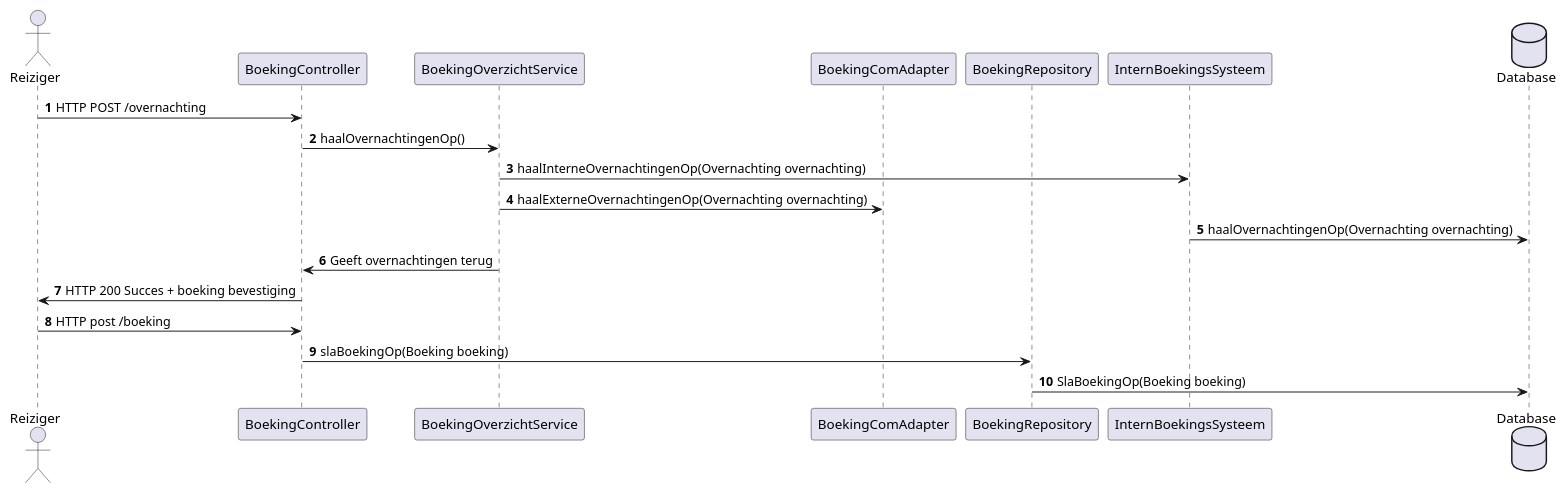
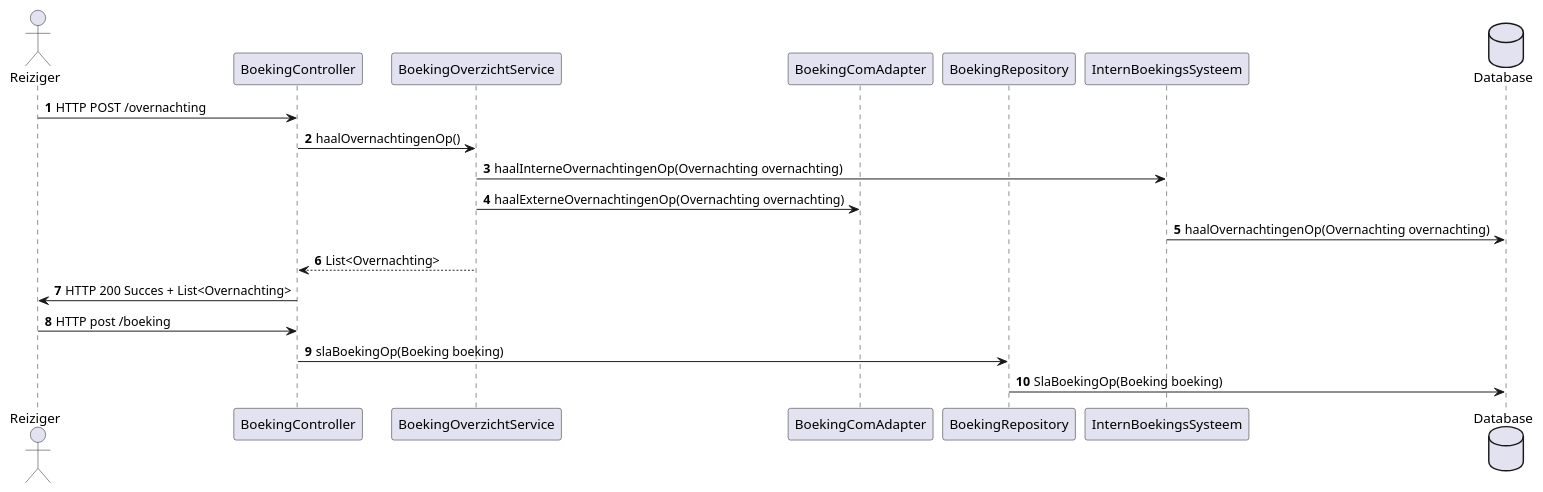
The diagram in software-guidebook/sequence-diagrammen/sequence-diagram-sybren.puml (AIM-ENE-feb25/triptop-asas), drawn with PlantUML before and after one commit. The commit also changed 4 other files, not shown here.

Commit message:
Added personal diagrams to software guidebook

```diff
--- a/software-guidebook/sequence-diagrammen/sequence-diagram-sybren.puml
+++ b/software-guidebook/sequence-diagrammen/sequence-diagram-sybren.puml
@@ -1,24 +1,24 @@
 @startuml
 'https://plantuml.com/sequence-diagram
 
 autonumber
 
 actor Reiziger as reiziger
 participant BoekingController as controller
 participant BoekingOverzichtService as service
 participant BoekingComAdapter as adapter
 participant BoekingRepository as repository
 participant InternBoekingsSysteem as internSyteem
 database Database as sqlDatabase
 
 reiziger -> controller: HTTP POST /overnachting
 controller -> service : haalOvernachtingenOp()
 service -> internSyteem : haalInterneOvernachtingenOp(Overnachting overnachting)
 service -> adapter : haalExterneOvernachtingenOp(Overnachting overnachting)
 internSyteem -> sqlDatabase : haalOvernachtingenOp(Overnachting overnachting)
-service -> controller : Geeft overnachtingen terug
-controller -> reiziger : HTTP 200 Succes + boeking bevestiging
+service --> controller : List<Overnachting>
+controller -> reiziger : HTTP 200 Succes + List<Overnachting>
 reiziger -> controller : HTTP post /boeking
 controller -> repository : slaBoekingOp(Boeking boeking)
 repository -> sqlDatabase : SlaBoekingOp(Boeking boeking)
 @enduml
```
